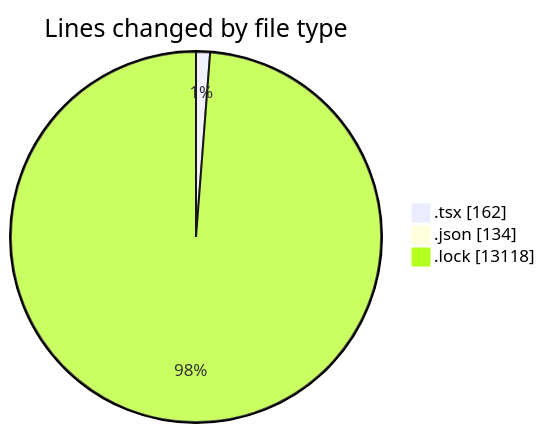
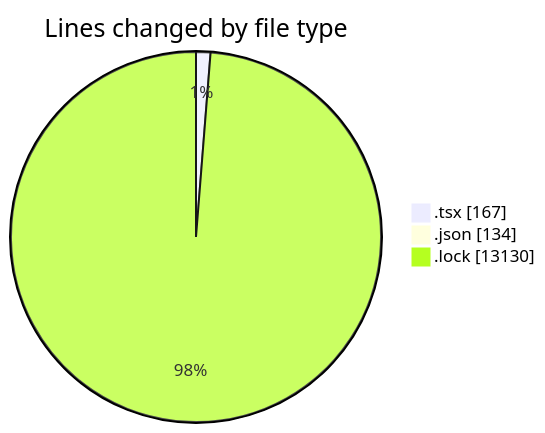
One commit to momahboobian/code-tracking changed the first of 2 diagrams in 2025-02-09/cda/README.md. Above: the diagram before and after it, drawn with Mermaid. The commit also changed other lines of this file and 1 other file, not shown here.

````diff
--- a/2025-02-09/cda/README.md
+++ b/2025-02-09/cda/README.md
@@ -25,7 +25,7 @@
 ```mermaid
 pie showData
 title Lines changed by file type
-".tsx" : 162
+".tsx" : 167
 ".json" : 134
-".lock" : 13118
+".lock" : 13130
 ```
````
